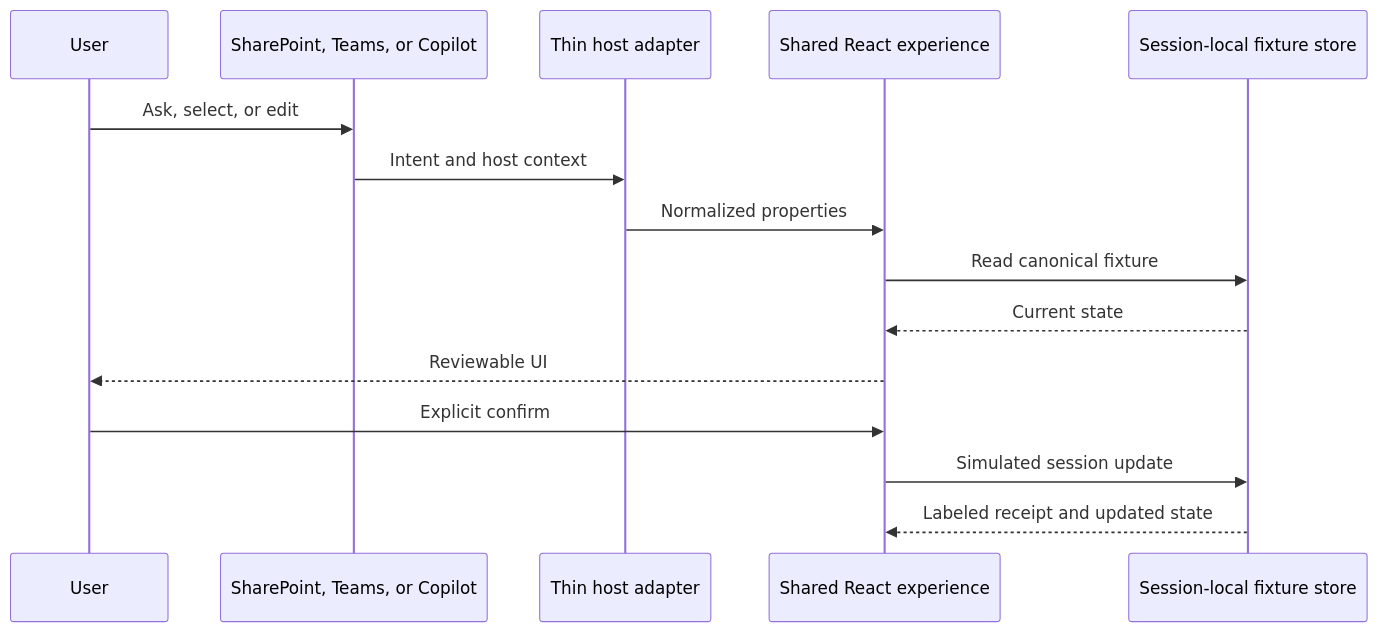
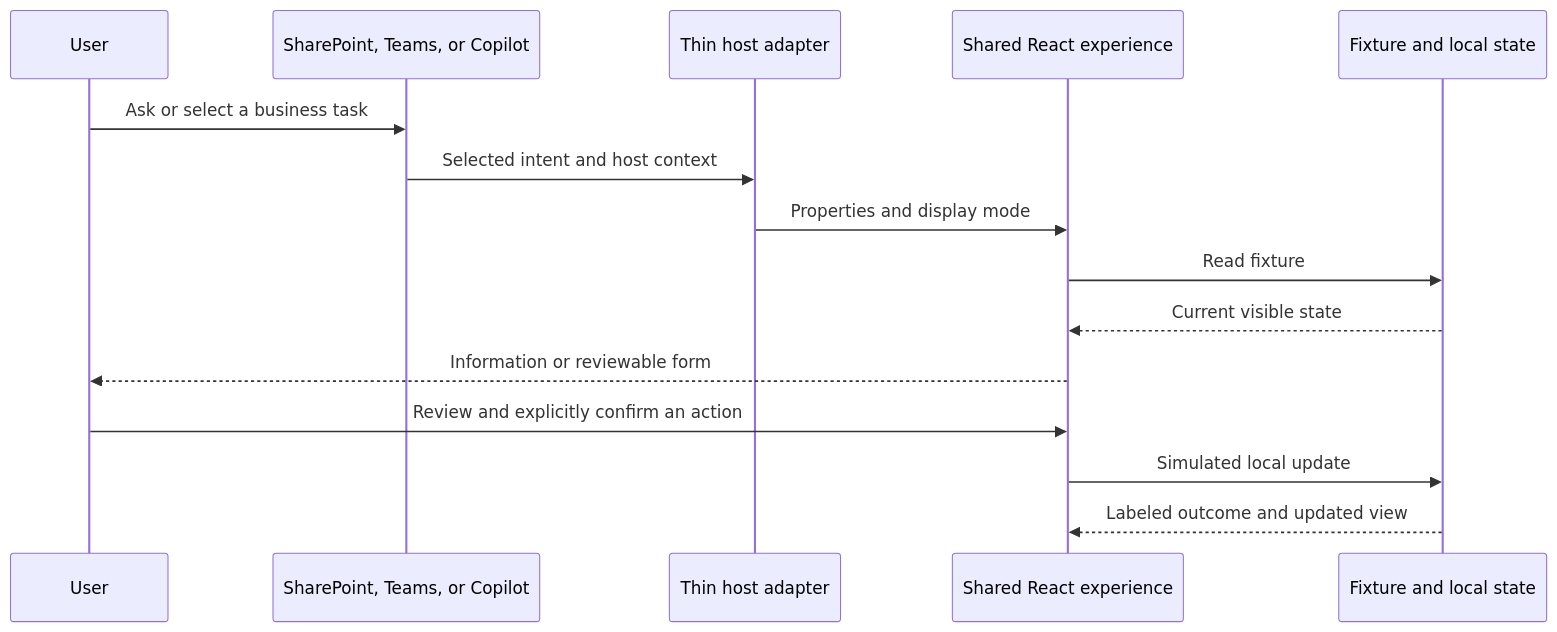
Before and after one commit to pnp/spfx-copilot-components: the second of 2 diagrams in samples/zava-one-hub/docs/release-readiness.md, drawn with Mermaid. The commit also changed other lines of this file and 32 other files, not shown here.

````diff
--- a/samples/zava-one-hub/docs/release-readiness.md
+++ b/samples/zava-one-hub/docs/release-readiness.md
@@ -19,17 +69,17 @@
 ```mermaid
 sequenceDiagram
   participant User
   participant Host as SharePoint, Teams, or Copilot
   participant Adapter as Thin host adapter
   participant Experience as Shared React experience
-  participant Store as Session-local fixture store
-  User->>Host: Ask, select, or edit
-  Host->>Adapter: Intent and host context
-  Adapter->>Experience: Normalized properties
-  Experience->>Store: Read canonical fixture
-  Store-->>Experience: Current state
-  Experience-->>User: Reviewable UI
-  User->>Experience: Explicit confirm
-  Experience->>Store: Simulated session update
-  Store-->>Experience: Labeled receipt and updated state
+  participant State as Fixture and local state
+  User->>Host: Ask or select a business task
+  Host->>Adapter: Selected intent and host context
+  Adapter->>Experience: Properties and display mode
+  Experience->>State: Read fixture
+  State-->>Experience: Current visible state
+  Experience-->>User: Information or reviewable form
+  User->>Experience: Review and explicitly confirm an action
+  Experience->>State: Simulated local update
+  State-->>Experience: Labeled outcome and updated view
 ```
````
